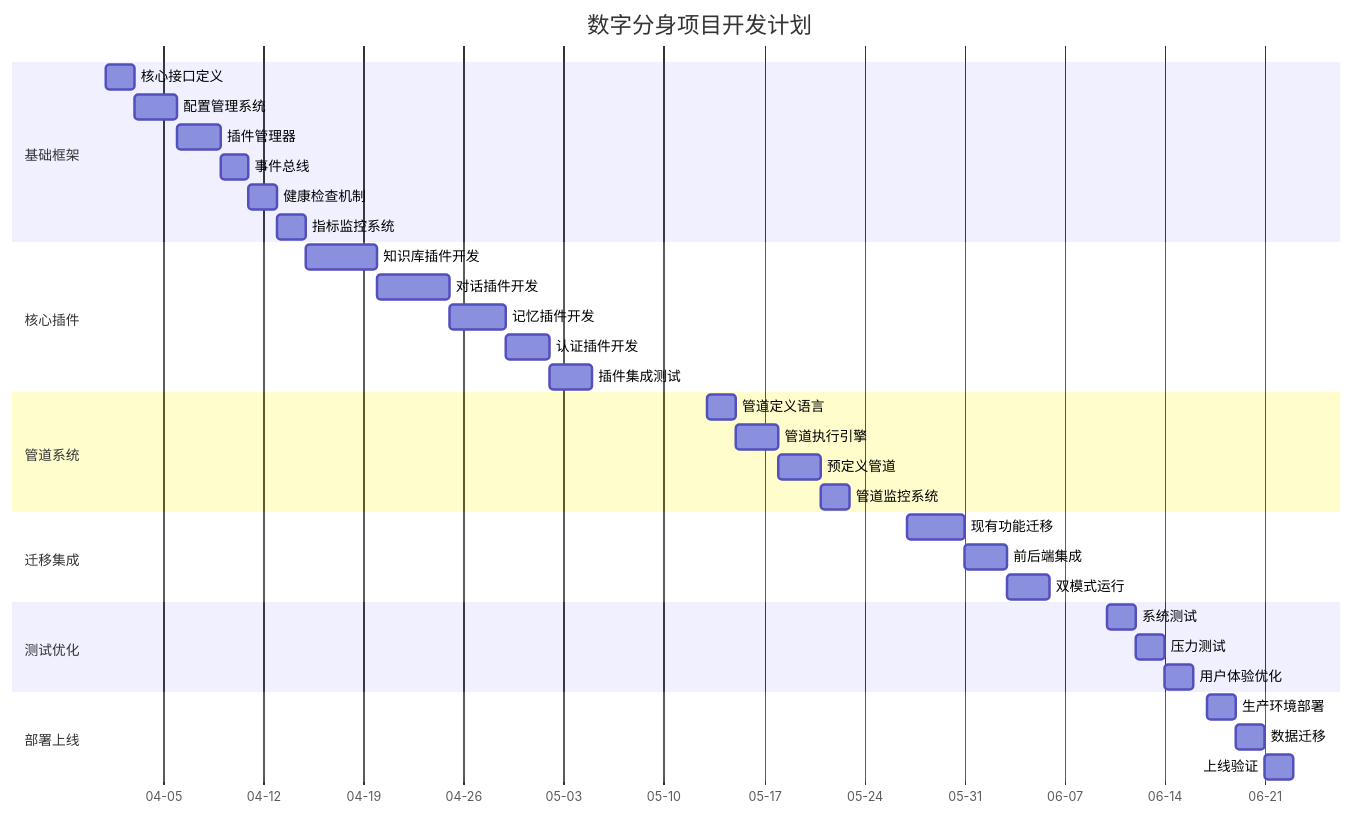
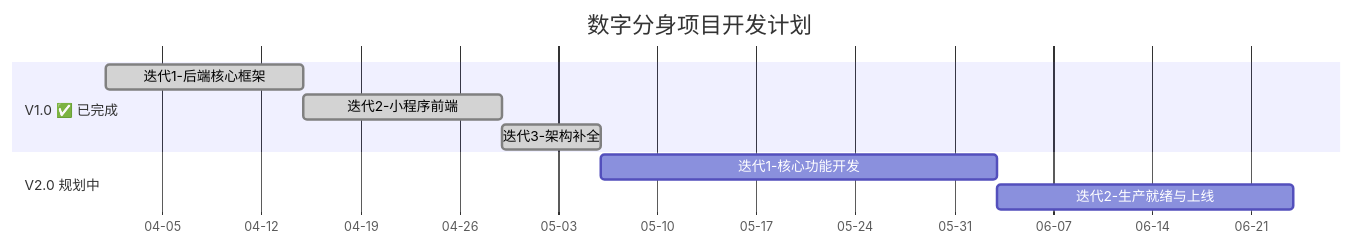
One commit to aganbai/digital-twin changed the diagram in docs/design/development_plan.md. Above: the diagram before and after it, drawn with Mermaid. The commit also changed other lines of this file and 12417 other files, not shown here.

````diff
--- a/docs/design/development_plan.md
+++ b/docs/design/development_plan.md
@@ -227,42 +119,15 @@
 ```mermaid
 gantt
     title 数字分身项目开发计划
     dateFormat  YYYY-MM-DD
     axisFormat %m-%d
-    
-    section 基础框架
-    核心接口定义       :2026-04-01, 2d
-    配置管理系统       :2026-04-03, 3d
-    插件管理器        :2026-04-06, 3d
-    事件总线         :2026-04-09, 2d
-    健康检查机制      :2026-04-11, 2d
-    指标监控系统      :2026-04-13, 2d
-    
-    section 核心插件
-    知识库插件开发     :2026-04-15, 5d
-    对话插件开发      :2026-04-20, 5d
-    记忆插件开发      :2026-04-25, 4d
-    认证插件开发      :2026-04-29, 3d
-    插件集成测试      :2026-05-02, 3d
-    
-    section 管道系统
-    管道定义语言      :2026-05-13, 2d
-    管道执行引擎      :2026-05-15, 3d
-    预定义管道       :2026-05-18, 3d
-    管道监控系统      :2026-05-21, 2d
-    
-    section 迁移集成
-    现有功能迁移      :2026-05-27, 4d
-    前后端集成       :2026-05-31, 3d
-    双模式运行       :2026-06-03, 3d
-    
-    section 测试优化
-    系统测试        :2026-06-10, 2d
-    压力测试        :2026-06-12, 2d
-    用户体验优化     :2026-06-14, 2d
-    
-    section 部署上线
-    生产环境部署     :2026-06-17, 2d
-    数据迁移        :2026-06-19, 2d
-    上线验证        :2026-06-21, 2d
+
+    section V1.0 ✅ 已完成
+    迭代1-后端核心框架       :done, 2026-04-01, 14d
+    迭代2-小程序前端         :done, 2026-04-15, 14d
+    迭代3-架构补全           :done, 2026-04-29, 7d
+
+    section V2.0 规划中
+    迭代1-核心功能开发       :2026-05-06, 28d
+    迭代2-生产就绪与上线     :2026-06-03, 21d
 ```
````
